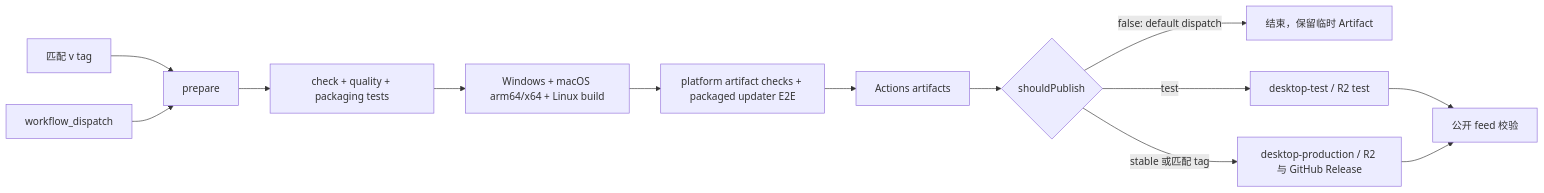
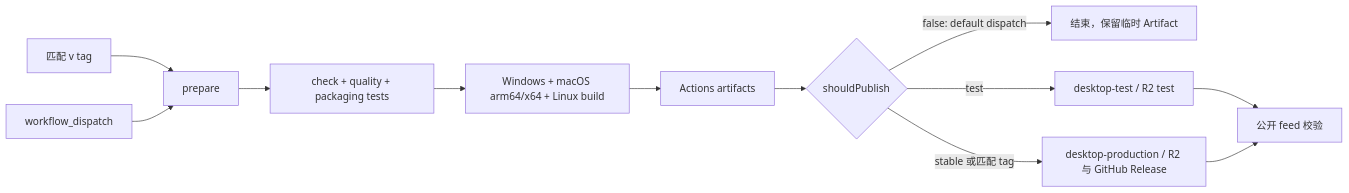
Before and after one commit to maomaochong-ai/open-astravia: the diagram in docs/release/desktop-release-runbook.md, drawn with Mermaid. The commit also changed other lines of this file and 5 other files, not shown here.

````diff
--- a/docs/release/desktop-release-runbook.md
+++ b/docs/release/desktop-release-runbook.md
@@ -34,15 +34,14 @@
 ```mermaid
 flowchart LR
     T[匹配 v<package-version> tag] --> P[prepare]
     D[workflow_dispatch] --> P
     P --> Q[check + quality + packaging tests]
     Q --> B[Windows + macOS arm64/x64 + Linux build]
-    B --> V[platform artifact checks + packaged updater E2E]
-    V --> A[Actions artifacts]
+    B --> A[Actions artifacts]
     A --> R{shouldPublish}
     R -->|false: default dispatch| E[结束，保留临时 Artifact]
     R -->|test| RT[desktop-test / R2 test]
     R -->|stable 或匹配 tag| RS[desktop-production / R2 与 GitHub Release]
     RT --> F[公开 feed 校验]
     RS --> F
 ```
````
